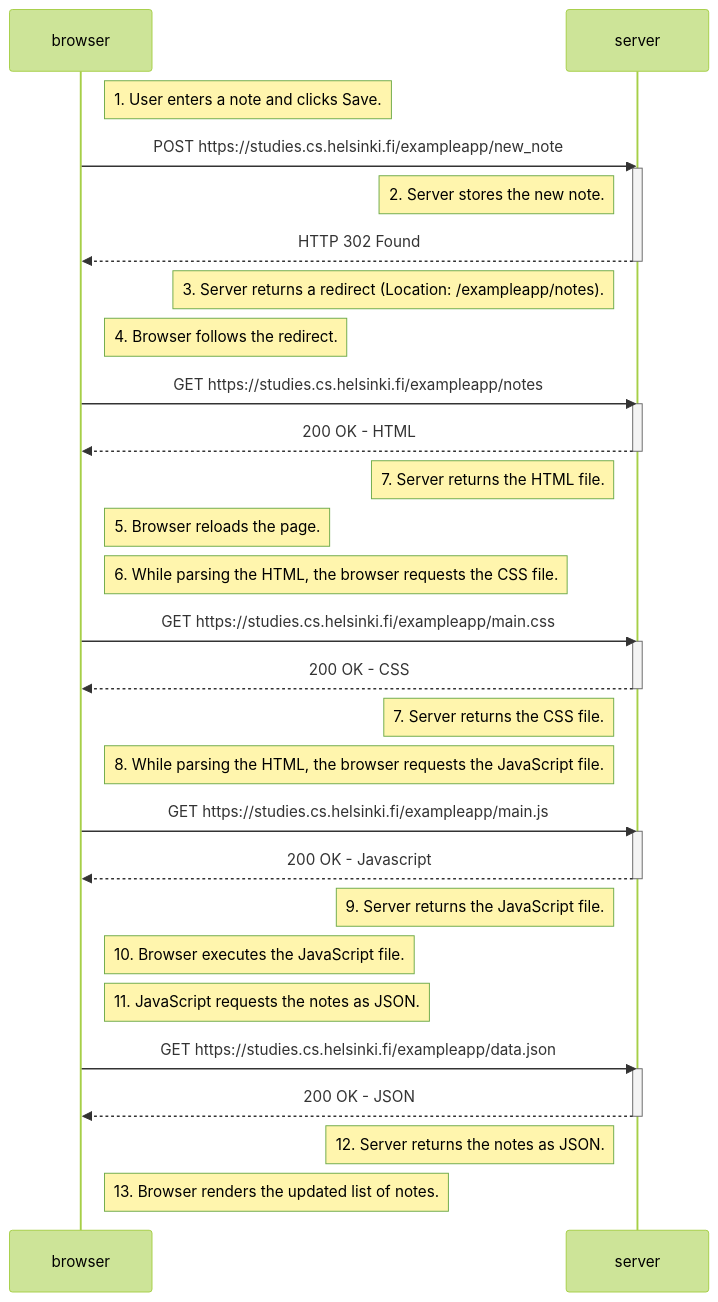
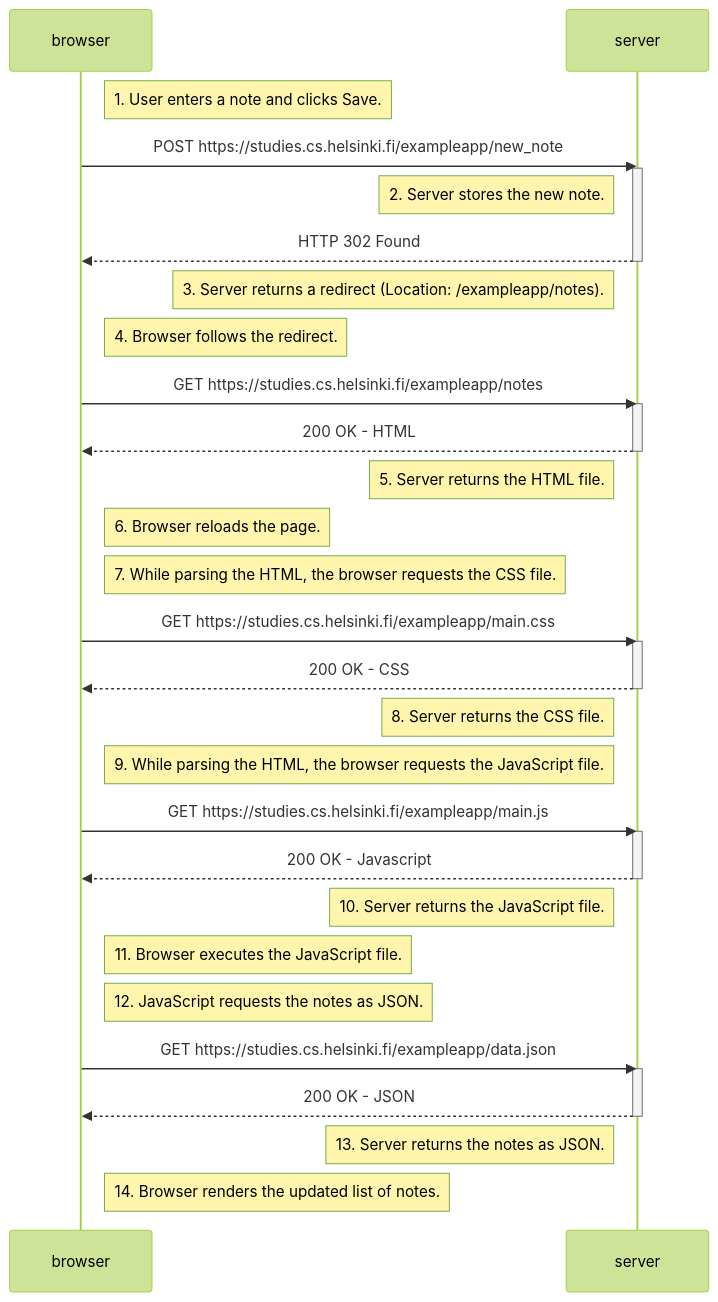
Before and after one commit to DrFinger2/fullstackopen-2026: the diagram in osa0/0.4.md, drawn with Mermaid (forest theme).

````diff
--- a/osa0/0.4.md
+++ b/osa0/0.4.md
@@ -1,47 +1,47 @@
 ```mermaid
 sequenceDiagram
     participant browser
     participant server
 
     Note right of browser: 1. User enters a note and clicks Save.
     browser->>server: POST https://studies.cs.helsinki.fi/exampleapp/new_note
     activate server
     Note left of server: 2. Server stores the new note.
     server-->>browser: HTTP 302 Found
     deactivate server
     Note left of server: 3. Server returns a redirect (Location: /exampleapp/notes).
 
     Note right of browser: 4. Browser follows the redirect.
     browser->>server: GET https://studies.cs.helsinki.fi/exampleapp/notes
     activate server
     server-->>browser: 200 OK - HTML
     deactivate server
-    Note left of server: 7. Server returns the HTML file.
+    Note left of server: 5. Server returns the HTML file.
 
-    Note right of browser: 5. Browser reloads the page.
+    Note right of browser: 6. Browser reloads the page.
 
-    Note right of browser: 6. While parsing the HTML, the browser requests the CSS file.
+    Note right of browser: 7. While parsing the HTML, the browser requests the CSS file.
     browser->>server: GET https://studies.cs.helsinki.fi/exampleapp/main.css
     activate server
     server-->>browser: 200 OK - CSS
     deactivate server
-    Note left of server: 7. Server returns the CSS file.
+    Note left of server: 8. Server returns the CSS file.
 
-    Note right of browser: 8. While parsing the HTML, the browser requests the JavaScript file.
+    Note right of browser: 9. While parsing the HTML, the browser requests the JavaScript file.
     browser->>server: GET https://studies.cs.helsinki.fi/exampleapp/main.js
     activate server
     server-->>browser: 200 OK - Javascript
     deactivate server
-    Note left of server: 9. Server returns the JavaScript file.
+    Note left of server: 10. Server returns the JavaScript file.
 
-    Note right of browser: 10. Browser executes the JavaScript file.
+    Note right of browser: 11. Browser executes the JavaScript file.
 
-    Note right of browser: 11. JavaScript requests the notes as JSON.
+    Note right of browser: 12. JavaScript requests the notes as JSON.
     browser->>server: GET https://studies.cs.helsinki.fi/exampleapp/data.json
     activate server
     server-->>browser: 200 OK - JSON
     deactivate server
-    Note left of server: 12. Server returns the notes as JSON.
+    Note left of server: 13. Server returns the notes as JSON.
 
-    Note right of browser: 13. Browser renders the updated list of notes.
+    Note right of browser: 14. Browser renders the updated list of notes.
 ```
````
